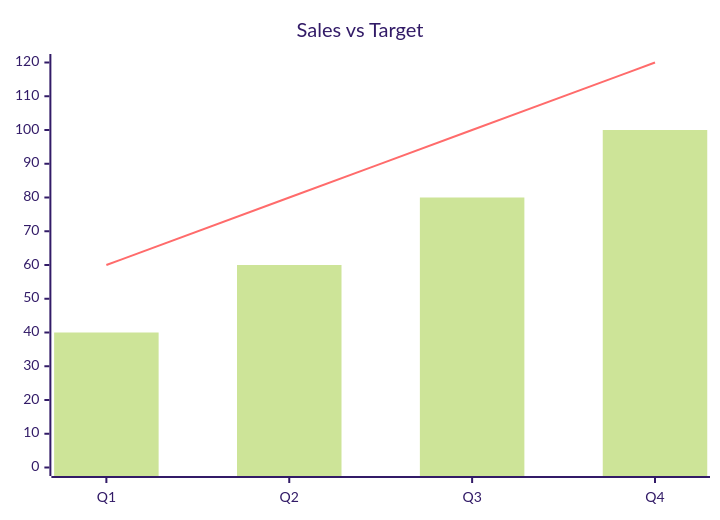
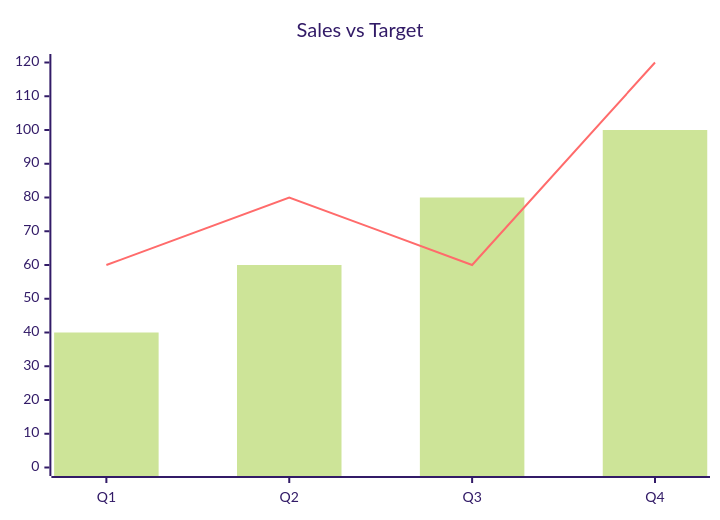
The diagram in tools/demo-pages/16-xychart.md (mo6/viewmd), drawn with Mermaid (forest theme) before and after one commit. The commit also changed 3 other files, not shown here.

First line of the commit message:
File VIEWMD-0066: color the bar's background where a combo-chart line crosses it

````diff
--- a/tools/demo-pages/16-xychart.md
+++ b/tools/demo-pages/16-xychart.md
@@ -5,8 +5,8 @@
 ```mermaid
 xychart-beta
     title "Sales vs Target"
     x-axis [Q1, Q2, Q3, Q4]
     y-axis 0 --> 120
     bar  [40, 60, 80, 100]
-    line [60, 80, 100, 120]
+    line [60, 80, 60, 120]
 ```
````
